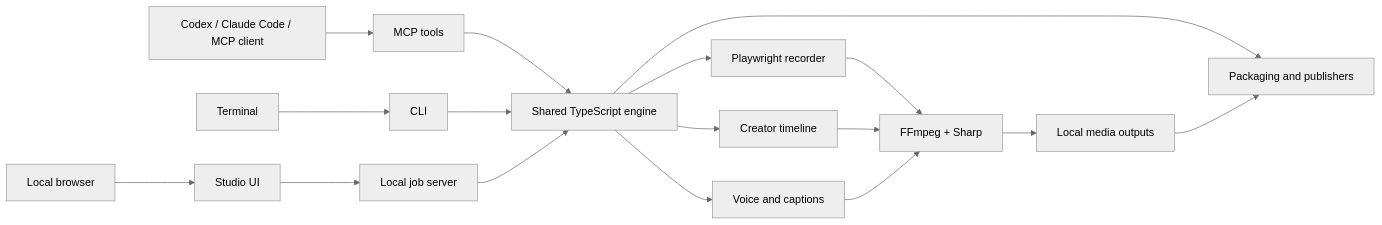
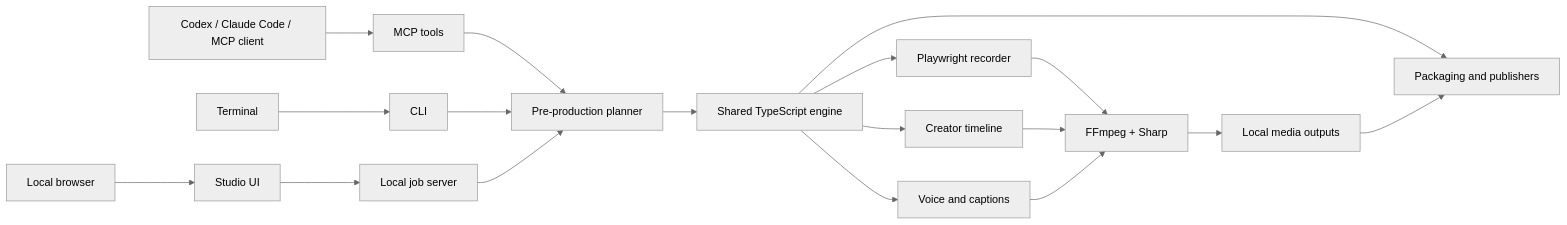
Before and after one commit to khajaaijaz26/agent-demo-studio: the diagram in docs/ARCHITECTURE.md, drawn with Mermaid (neutral theme). The commit also changed other lines of this file and 42 other files, not shown here.

````diff
--- a/docs/ARCHITECTURE.md
+++ b/docs/ARCHITECTURE.md
@@ -5,19 +5,20 @@
 ```mermaid
 flowchart LR
   A[Codex / Claude Code / MCP client] --> M[MCP tools]
   B[Terminal] --> C[CLI]
   U[Local browser] --> S[Studio UI]
-  M --> E[Shared TypeScript engine]
-  C --> E
+  M --> Q[Pre-production planner]
+  C --> Q
+  Q --> E[Shared TypeScript engine]
   S --> J[Local job server]
-  J --> E
+  J --> Q
   E --> R[Playwright recorder]
   E --> T[Creator timeline]
   E --> V[Voice and captions]
   E --> P[Packaging and publishers]
   R --> F[FFmpeg + Sharp]
   T --> F
   V --> F
   F --> O[Local media outputs]
   O --> P
 ```
````
